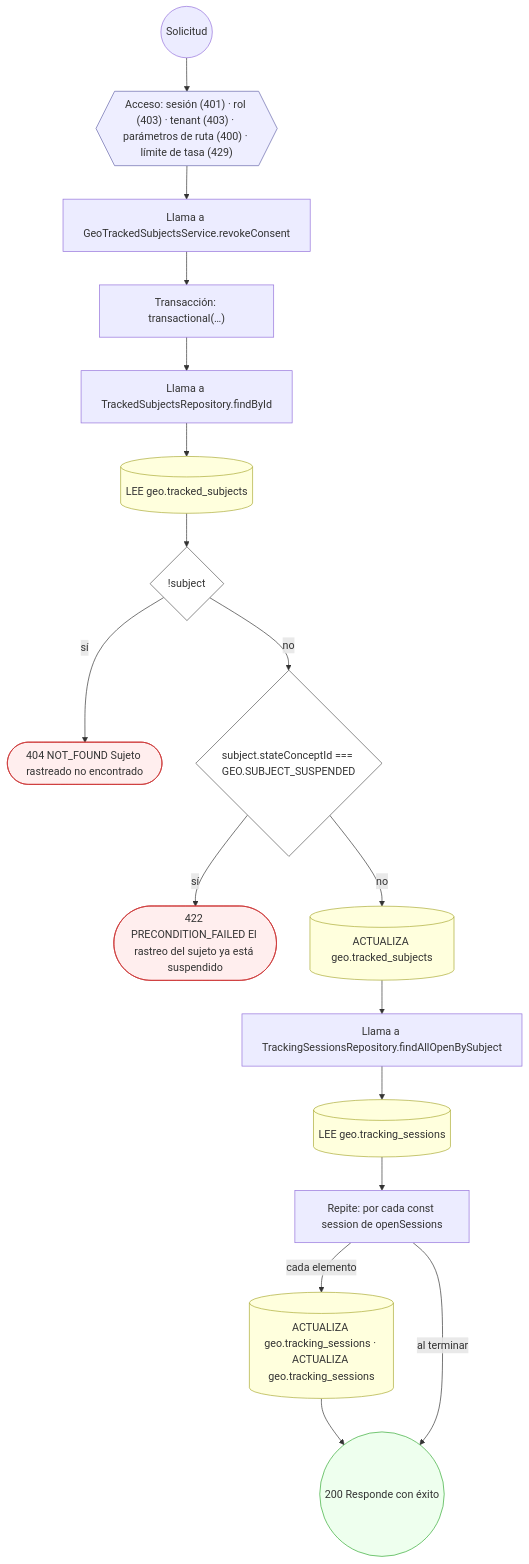
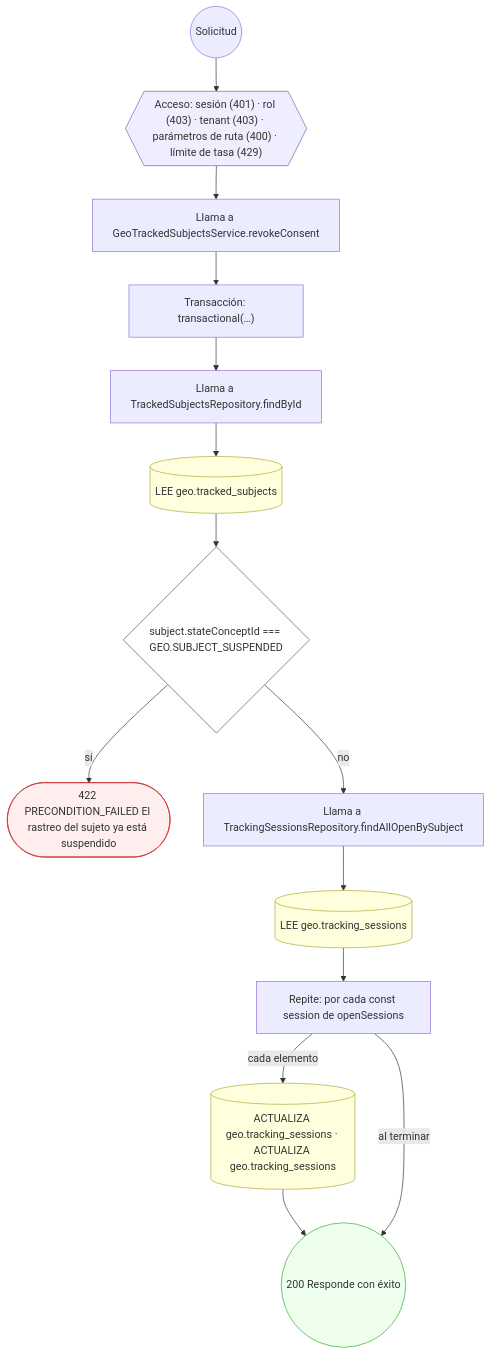
One commit to mdavila-2001/mantra-core-health-api changed the seventh of 11 diagrams in docs/inventario/flujos/geo.md. Above: the diagram before and after it, drawn with Mermaid. The commit also changed other lines of this file and 438 other files, not shown here.

````diff
--- a/docs/inventario/flujos/geo.md
+++ b/docs/inventario/flujos/geo.md
@@ -403,41 +384,35 @@
 ```mermaid
 flowchart TD
   n1(("Solicitud")):::inicio
   n2{{"Acceso: sesión (401) · rol (403) · tenant (403) · parámetros de ruta (400) · límite de tasa (429)"}}:::acceso
   n1 --> n2
   n3["Llama a GeoTrackedSubjectsService.revokeConsent"]:::llamada
   n2 --> n3
   n4["Transacción: transactional(…)"]:::transaccion
   n3 --> n4
   n5["Llama a TrackedSubjectsRepository.findById"]:::llamada
   n4 --> n5
   n6[("LEE geo.tracked_subjects")]:::efecto
   n5 --> n6
-  n7{"!subject"}:::decision
+  n7{"subject.stateConceptId === GEO.SUBJECT_SUSPENDED"}:::decision
   n6 --> n7
-  n8(["404 NOT_FOUND Sujeto rastreado no encontrado"]):::error
+  n8(["422 PRECONDITION_FAILED El rastreo del sujeto ya está suspendido"]):::error
   n7 -->|"sí"| n8
-  n9{"subject.stateConceptId === GEO.SUBJECT_SUSPENDED"}:::decision
+  n9["Llama a TrackingSessionsRepository.findAllOpenBySubject"]:::llamada
   n7 -->|"no"| n9
-  n10(["422 PRECONDITION_FAILED El rastreo del sujeto ya está suspendido"]):::error
-  n9 -->|"sí"| n10
-  n11[("ACTUALIZA geo.tracked_subjects")]:::efecto
-  n9 -->|"no"| n11
-  n12["Llama a TrackingSessionsRepository.findAllOpenBySubject"]:::llamada
-  n11 --> n12
-  n13[("LEE geo.tracking_sessions")]:::efecto
+  n10[("LEE geo.tracking_sessions")]:::efecto
+  n9 --> n10
+  n11["Repite: por cada const session de openSessions"]:::bucle
+  n10 --> n11
+  n12[("ACTUALIZA geo.tracking_sessions · ACTUALIZA geo.tracking_sessions")]:::efecto
+  n11 -->|"cada elemento"| n12
+  n13(("200 Responde con éxito")):::ok
   n12 --> n13
-  n14["Repite: por cada const session de openSessions"]:::bucle
-  n13 --> n14
-  n15[("ACTUALIZA geo.tracking_sessions · ACTUALIZA geo.tracking_sessions")]:::efecto
-  n14 -->|"cada elemento"| n15
-  n16(("200 Responde con éxito")):::ok
-  n15 --> n16
-  n14 -->|"al terminar"| n16
+  n11 -->|"al terminar"| n13
   classDef acceso fill:#eef,stroke:#66a
   classDef error fill:#fee,stroke:#c33
   classDef ok fill:#efe,stroke:#3a3
   classDef efecto fill:#ffd,stroke:#aa3
   classDef decision fill:#fff,stroke:#555
   classDef corte fill:#eee,stroke:#999,stroke-dasharray: 4
 ```
````
